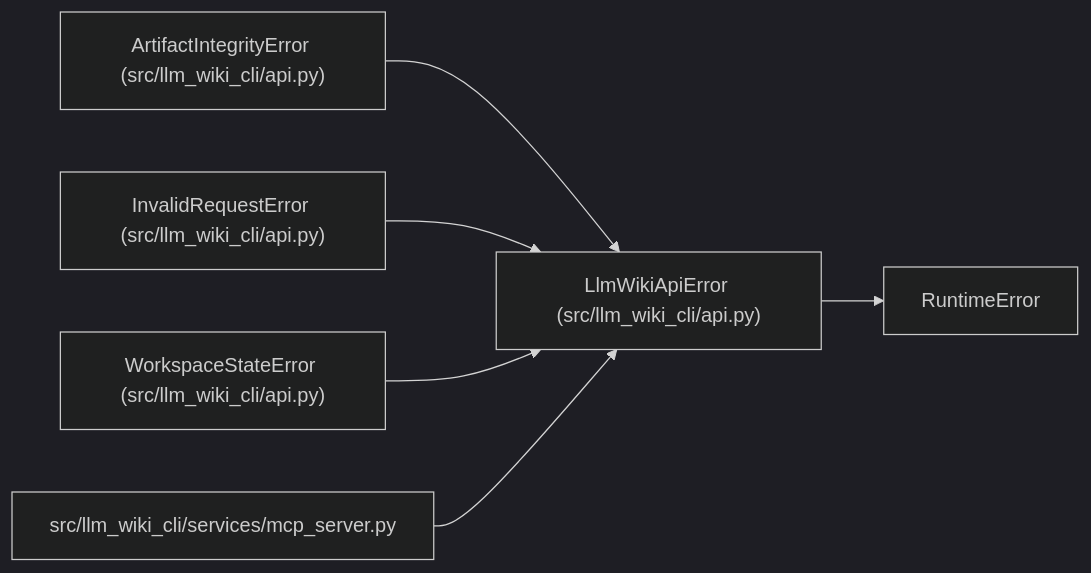
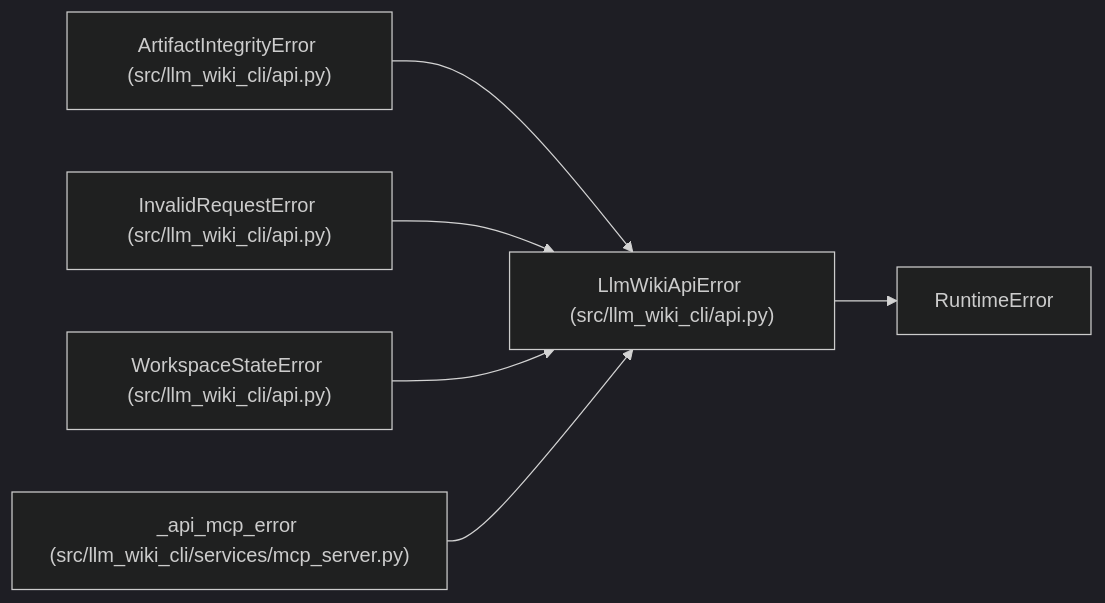
One commit to Denissvgn/python-wiki-llm changed the diagram in docs/llm_wiki/entities/LlmWikiApiError.md. Above: the diagram before and after it, drawn with Mermaid (dark theme). The commit also changed other lines of this file and 364 other files, not shown here.

````diff
--- a/docs/llm_wiki/entities/LlmWikiApiError.md
+++ b/docs/llm_wiki/entities/LlmWikiApiError.md
@@ -23,19 +25,19 @@
 ```mermaid
 flowchart LR
     n0["LlmWikiApiError (src/llm_wiki_cli/api.py)"]
     n1["RuntimeError"]
     n2["ArtifactIntegrityError (src/llm_wiki_cli/api.py)"]
     n3["InvalidRequestError (src/llm_wiki_cli/api.py)"]
     n4["WorkspaceStateError (src/llm_wiki_cli/api.py)"]
-    n5["src/llm_wiki_cli/services/mcp_server.py"]
+    n5["_api_mcp_error (src/llm_wiki_cli/services/mcp_server.py)"]
     n0 --> n1
     n2 --> n0
     n3 --> n0
     n4 --> n0
     n5 --> n0
     click n0 "../modules/api.md"
     click n2 "../modules/api.md"
     click n3 "../modules/api.md"
     click n4 "../modules/api.md"
     click n5 "../modules/mcp_server.md"
 ```
````
